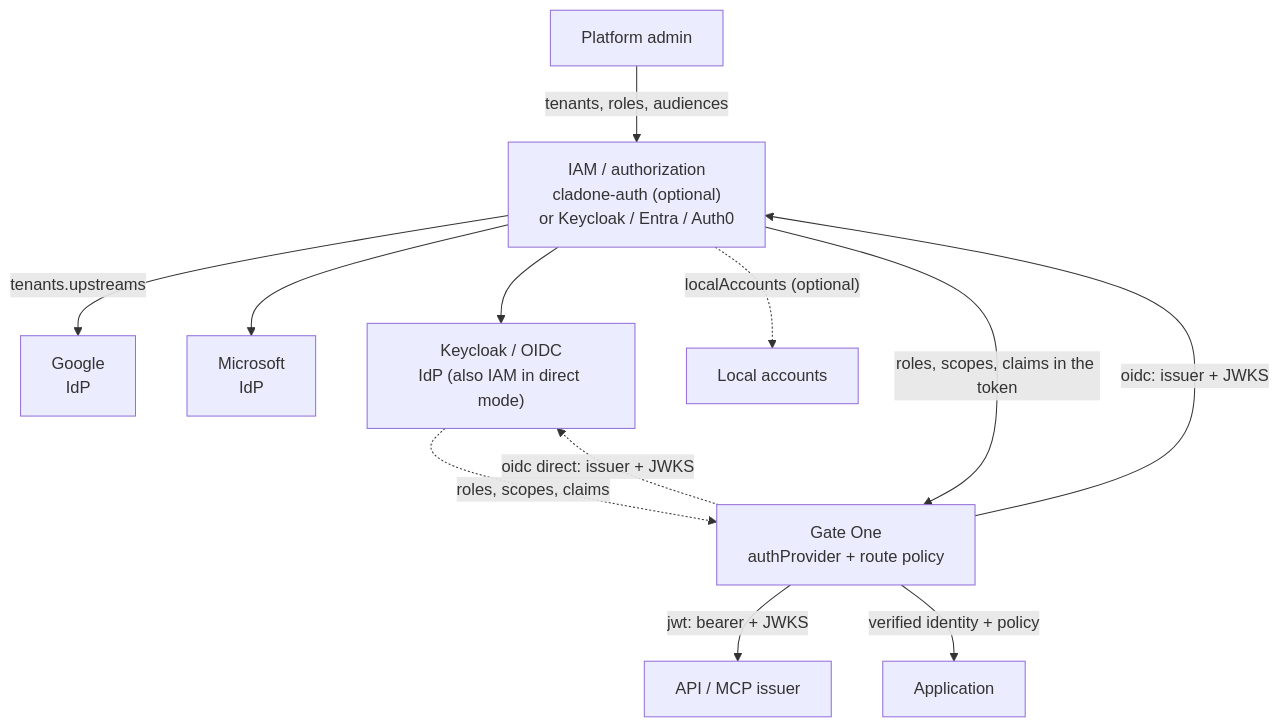
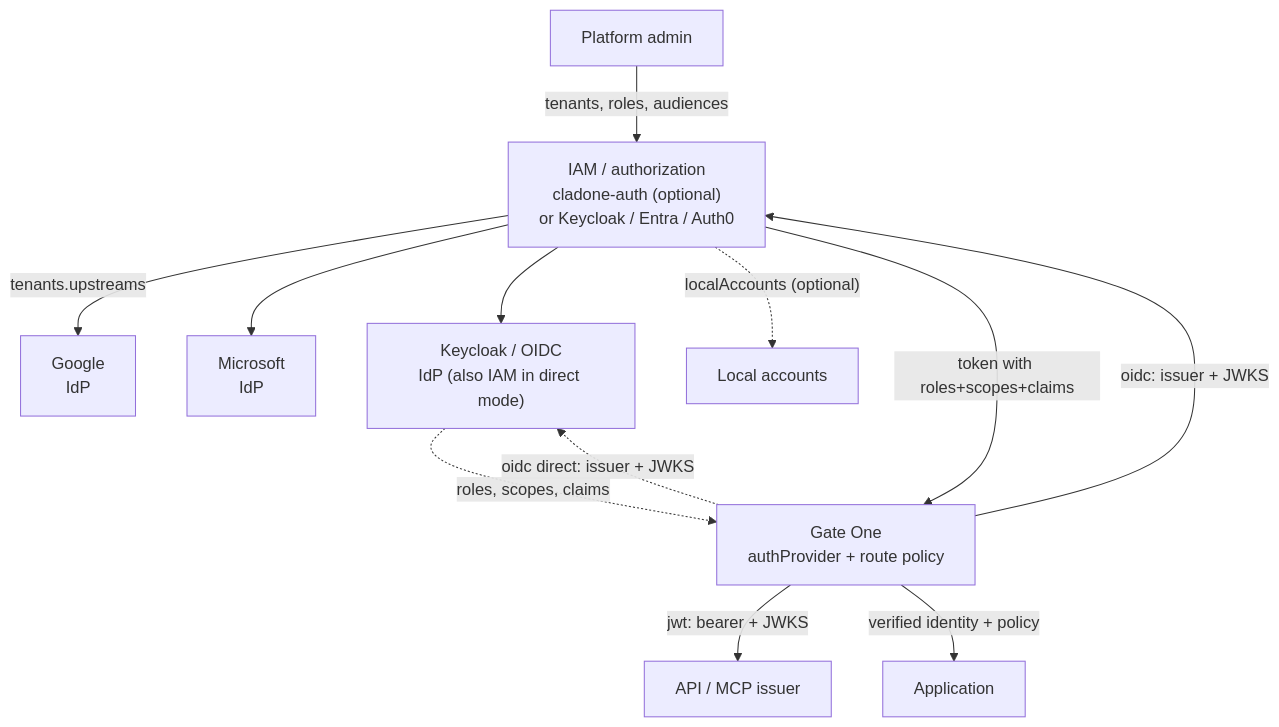
One commit to clad-one/gate-one-doc changed the first of 3 diagrams in content/en/docs/iam-and-providers.md. Above: the diagram before and after it, drawn with Mermaid. The commit also changed 3 other files, not shown here.

````diff
--- a/content/en/docs/iam-and-providers.md
+++ b/content/en/docs/iam-and-providers.md
@@ -31,14 +31,14 @@
 ```mermaid
 flowchart TB
   ADMIN["Platform admin"] -->|"tenants, roles, audiences"| IAM["IAM / authorization<br/>cladone-auth (optional)<br/>or Keycloak / Entra / Auth0"]
   IAM -->|"tenants.upstreams"| GOOGLE["Google<br/>IdP"]
   IAM --> MICROSOFT["Microsoft<br/>IdP"]
   IAM --> KEYCLOAK["Keycloak / OIDC<br/>IdP (also IAM in direct mode)"]
   IAM -.->|"localAccounts (optional)"| LOCAL["Local accounts"]
   GO["Gate One<br/>authProvider + route policy"] -->|"oidc: issuer + JWKS"| IAM
   GO -.->|"oidc direct: issuer + JWKS"| KEYCLOAK
   GO -->|"jwt: bearer + JWKS"| API["API / MCP issuer"]
-  IAM -->|"roles, scopes, claims in the token"| GO
+  IAM -->|"token with roles+scopes+claims"| GO
   KEYCLOAK -.->|"roles, scopes, claims"| GO
   GO -->|"verified identity + policy"| APP["Application"]
 ```
````
